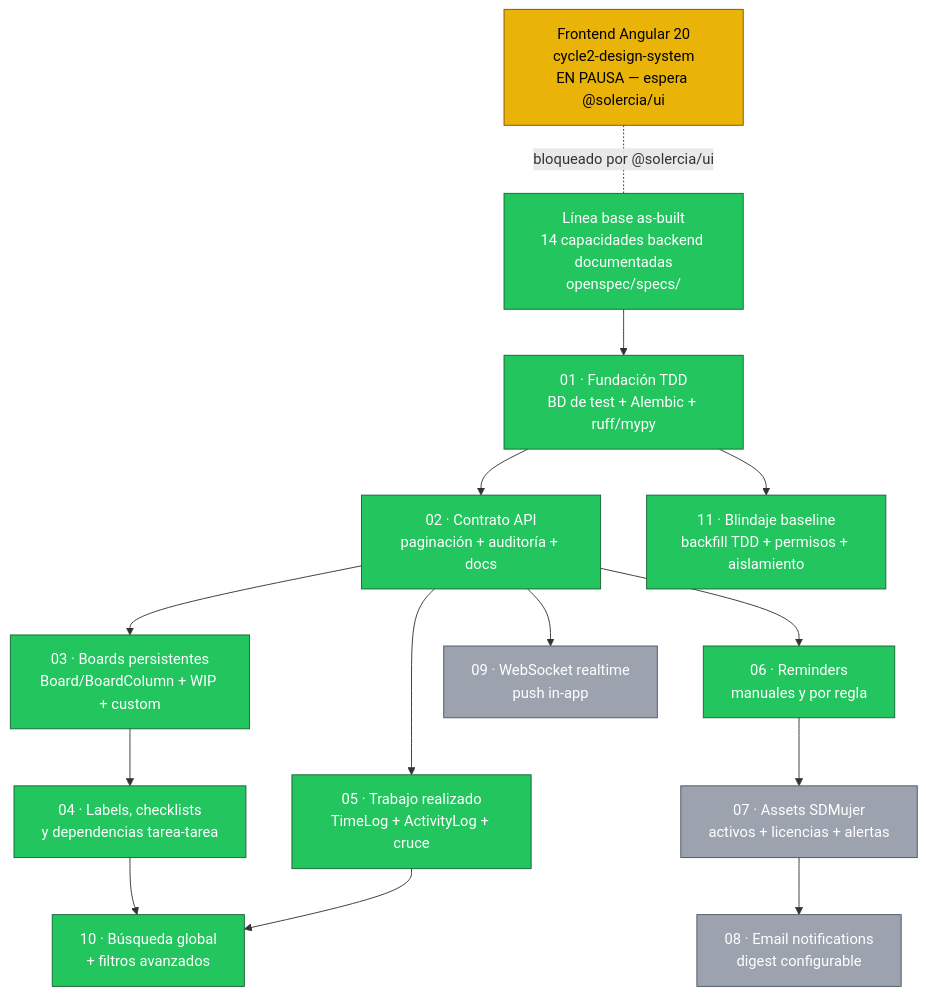
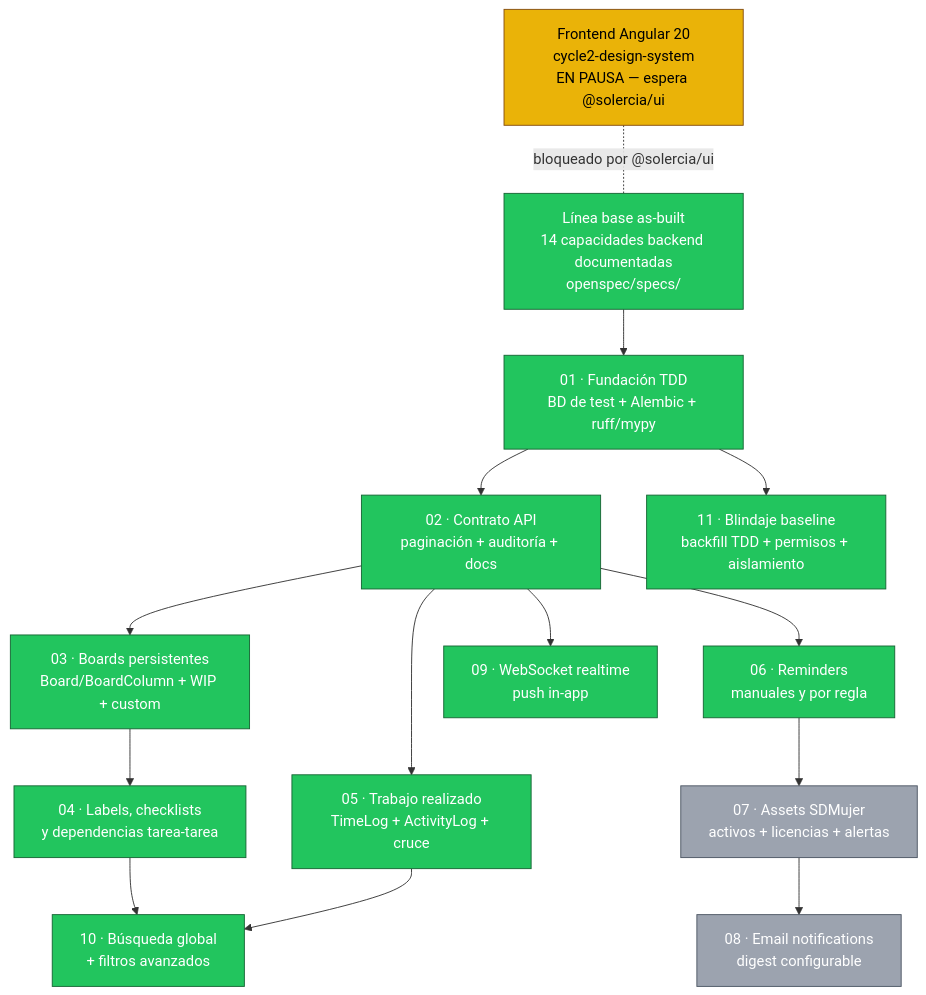
The diagram in openspec/AVANCE.md (solercia-solutions/solercia-command), drawn with Mermaid before and after one commit. The commit also changed other lines of this file and 12 other files, not shown here.

````diff
--- a/openspec/AVANCE.md
+++ b/openspec/AVANCE.md
@@ -9,46 +9,47 @@
 ```mermaid
 flowchart TD
     B0["Línea base as-built<br/>14 capacidades backend documentadas<br/>openspec/specs/"]
 
     C01["01 · Fundación TDD<br/>BD de test + Alembic + ruff/mypy"]
     C02["02 · Contrato API<br/>paginación + auditoría + docs"]
     C03["03 · Boards persistentes<br/>Board/BoardColumn + WIP + custom"]
     C04["04 · Labels, checklists<br/>y dependencias tarea-tarea"]
     C05["05 · Trabajo realizado<br/>TimeLog + ActivityLog + cruce"]
     C11["11 · Blindaje baseline<br/>backfill TDD + permisos + aislamiento"]
     C06["06 · Reminders<br/>manuales y por regla"]
     C07["07 · Assets SDMujer<br/>activos + licencias + alertas"]
     C08["08 · Email notifications<br/>digest configurable"]
     C09["09 · WebSocket realtime<br/>push in-app"]
     C10["10 · Búsqueda global<br/>+ filtros avanzados"]
 
     FE["Frontend Angular 20<br/>cycle2-design-system<br/>EN PAUSA — espera @solercia/ui"]
 
     B0 --> C01
     C01 --> C02
     C01 --> C11
     C02 --> C03 --> C04
     C02 --> C05
     C02 --> C06 --> C07 --> C08
     C02 --> C09
     C04 --> C10
     C05 --> C10
 
     FE -.bloqueado por @solercia/ui.- B0
 
     class B0 done
     class C01 done
     class C02 done
     class C03 done
     class C04 done
     class C05 done
     class C06 done
+    class C09 done
     class C10 done
     class C11 done
     class FE inprogress
-    class C07,C08,C09 pending
+    class C07,C08 pending
 
     classDef done fill:#22c55e,stroke:#166534,color:#ffffff
     classDef inprogress fill:#eab308,stroke:#854d0e,color:#000000
     classDef pending fill:#9ca3af,stroke:#4b5563,color:#ffffff
 ```
````
